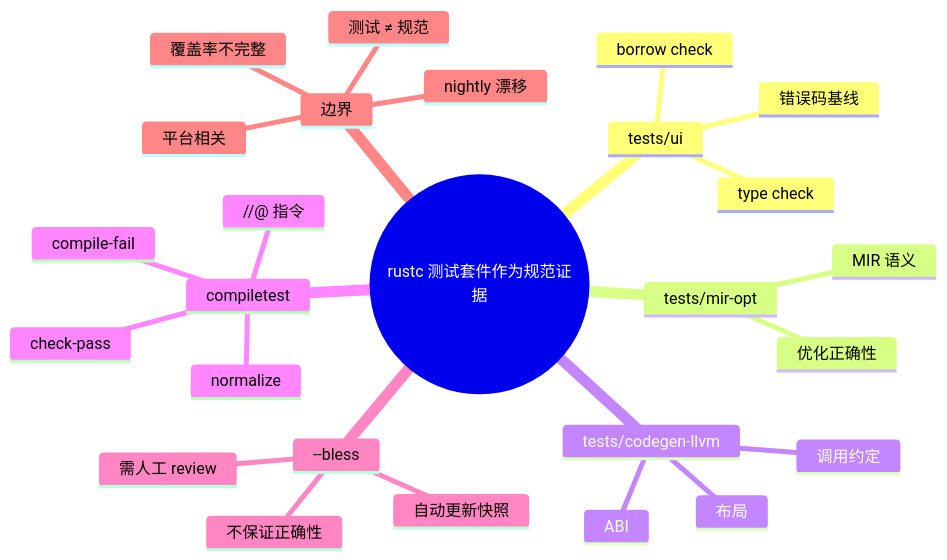
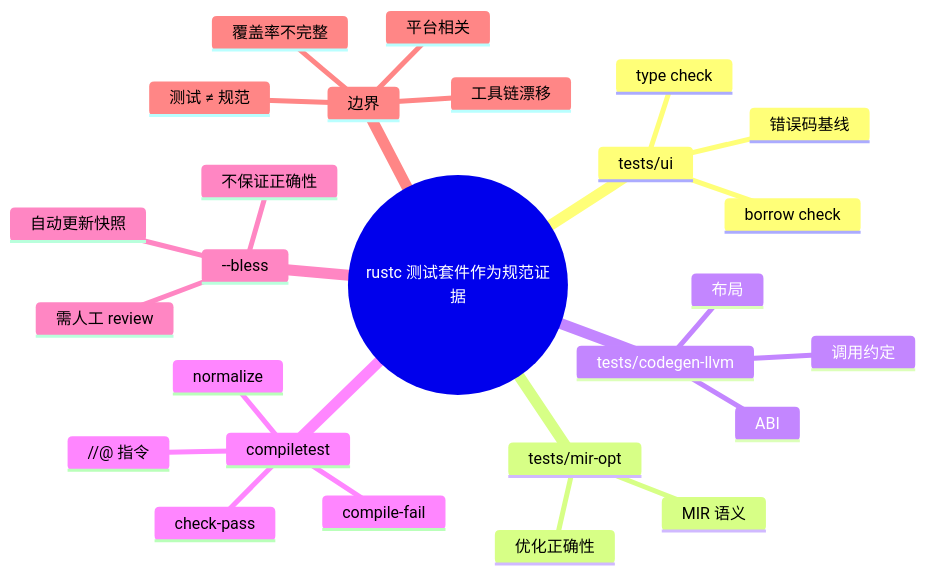
The diagram in concept/04_formal/15_language_specification/05_specification_evidence_from_rustc_tests.md (martin-ly/rust-lang), drawn with Mermaid before and after one commit. The commit also changed other lines of this file and 13 other files, not shown here.

````diff
--- a/concept/04_formal/15_language_specification/05_specification_evidence_from_rustc_tests.md
+++ b/concept/04_formal/15_language_specification/05_specification_evidence_from_rustc_tests.md
@@ -135,29 +135,29 @@
 ```mermaid
 mindmap
   root((rustc 测试套件作为规范证据))
     tests/ui
       错误码基线
       borrow check
       type check
     tests/mir-opt
       MIR 语义
       优化正确性
     tests/codegen-llvm
       ABI
       布局
       调用约定
     compiletest
       //@ 指令
       check-pass
       compile-fail
       normalize
     --bless
       自动更新快照
       不保证正确性
       需人工 review
     边界
       测试 ≠ 规范
       覆盖率不完整
-      nightly 漂移
+      工具链漂移
       平台相关
 ```
````
